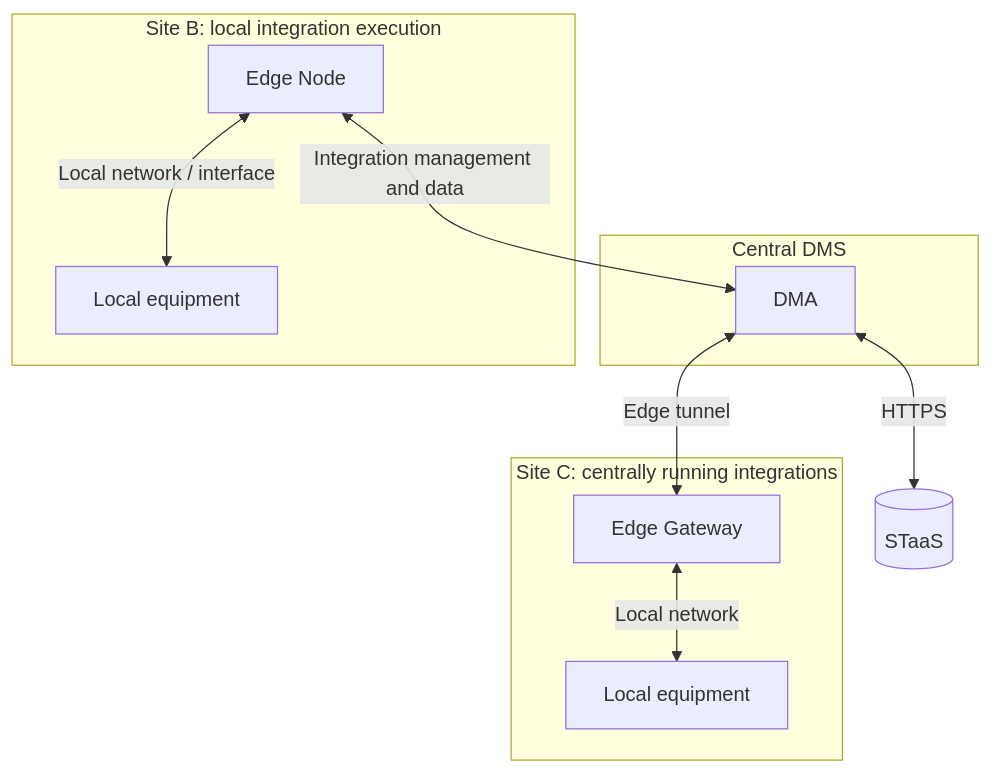
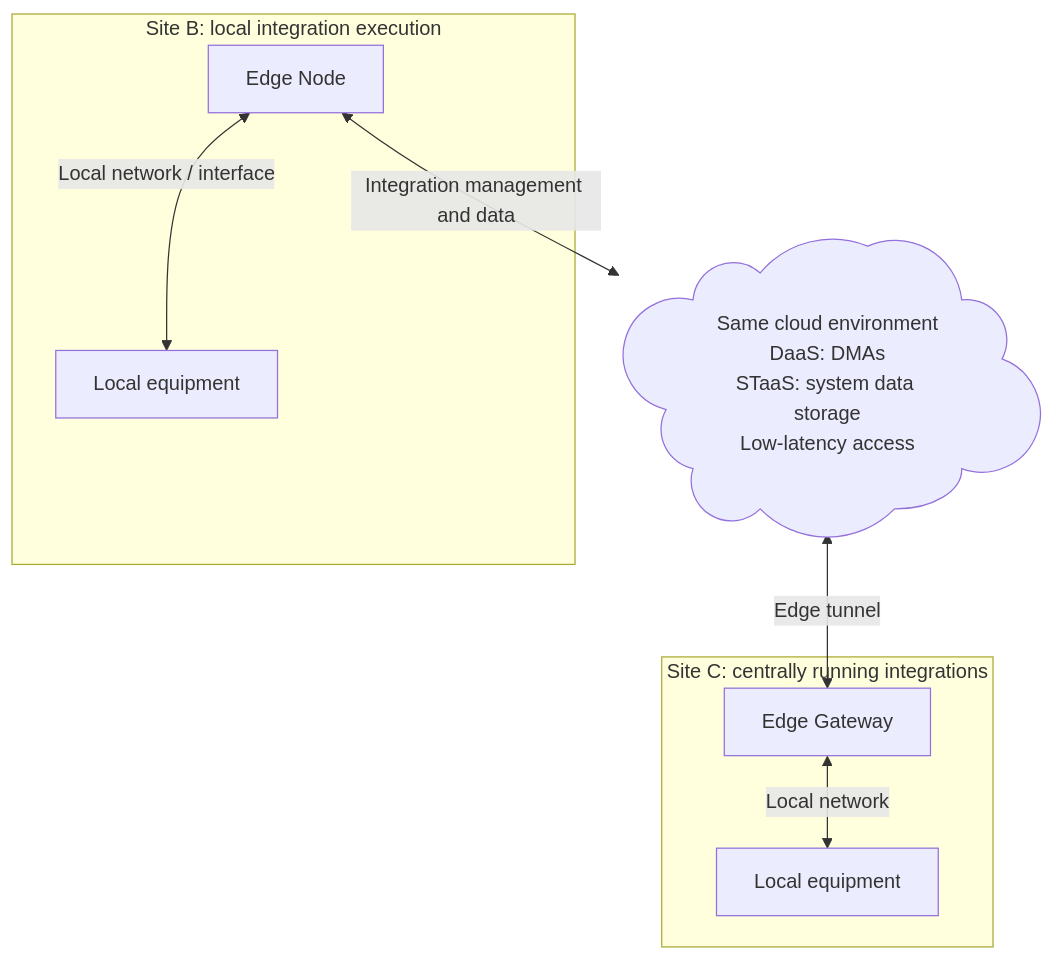
Before and after one commit to SkylineCommunications/dataminer-docs: the second of 2 diagrams in dataminer/About_DataMiner/System_architectures/Topologies/Architecture_distributed_sites.md, drawn with Mermaid. The commit also changed other lines of this file and 9 other files, not shown here.

Commit message:
Clarify cloud-hosted DaaS and connectivity diagrams

````diff
--- a/dataminer/About_DataMiner/System_architectures/Topologies/Architecture_distributed_sites.md
+++ b/dataminer/About_DataMiner/System_architectures/Topologies/Architecture_distributed_sites.md
@@ -57,20 +55,16 @@
 ```mermaid
 flowchart TB
-    subgraph Central["Central DMS"]
-        D["DMA"]
-    end
-    S[("STaaS")]
+    Cloud@{ shape: cloud, label: "Same cloud environment<br/>DaaS: DMAs<br/>STaaS: system data storage<br/>Low-latency access" }
     subgraph B["Site B: local integration execution"]
         N["Edge Node"]
         EB["Local equipment"]
         N <-->|"Local network / interface"| EB
     end
     subgraph C["Site C: centrally running integrations"]
         G["Edge Gateway"]
         EC["Local equipment"]
         G <-->|"Local network"| EC
     end
-    D <-->|"HTTPS"| S
-    N <-->|"Integration management and data"| D
-    D <-->|"Edge tunnel"| G
+    N <-->|"Integration management and data"| Cloud
+    Cloud <-->|"Edge tunnel"| G
 ```
````
